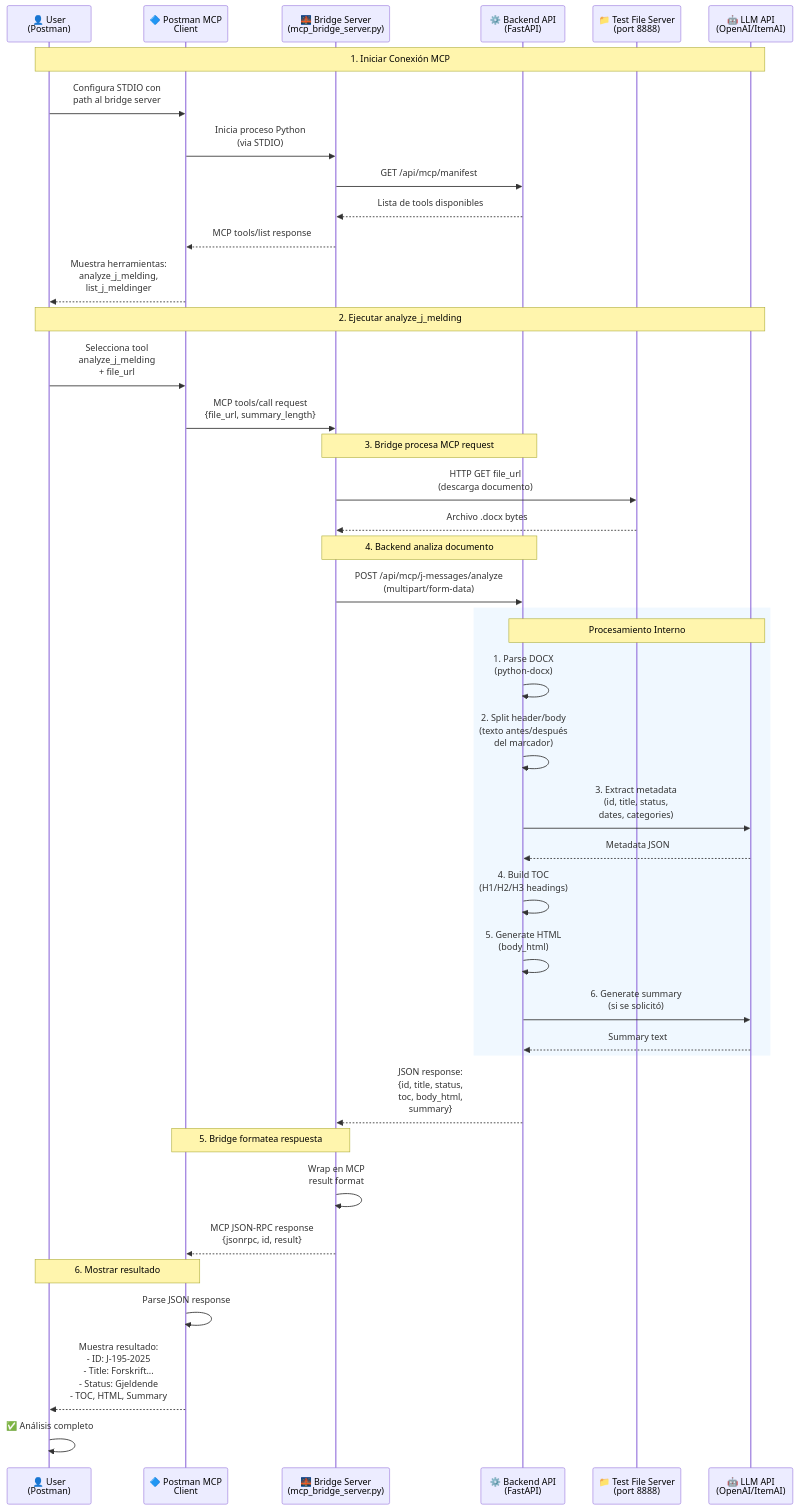
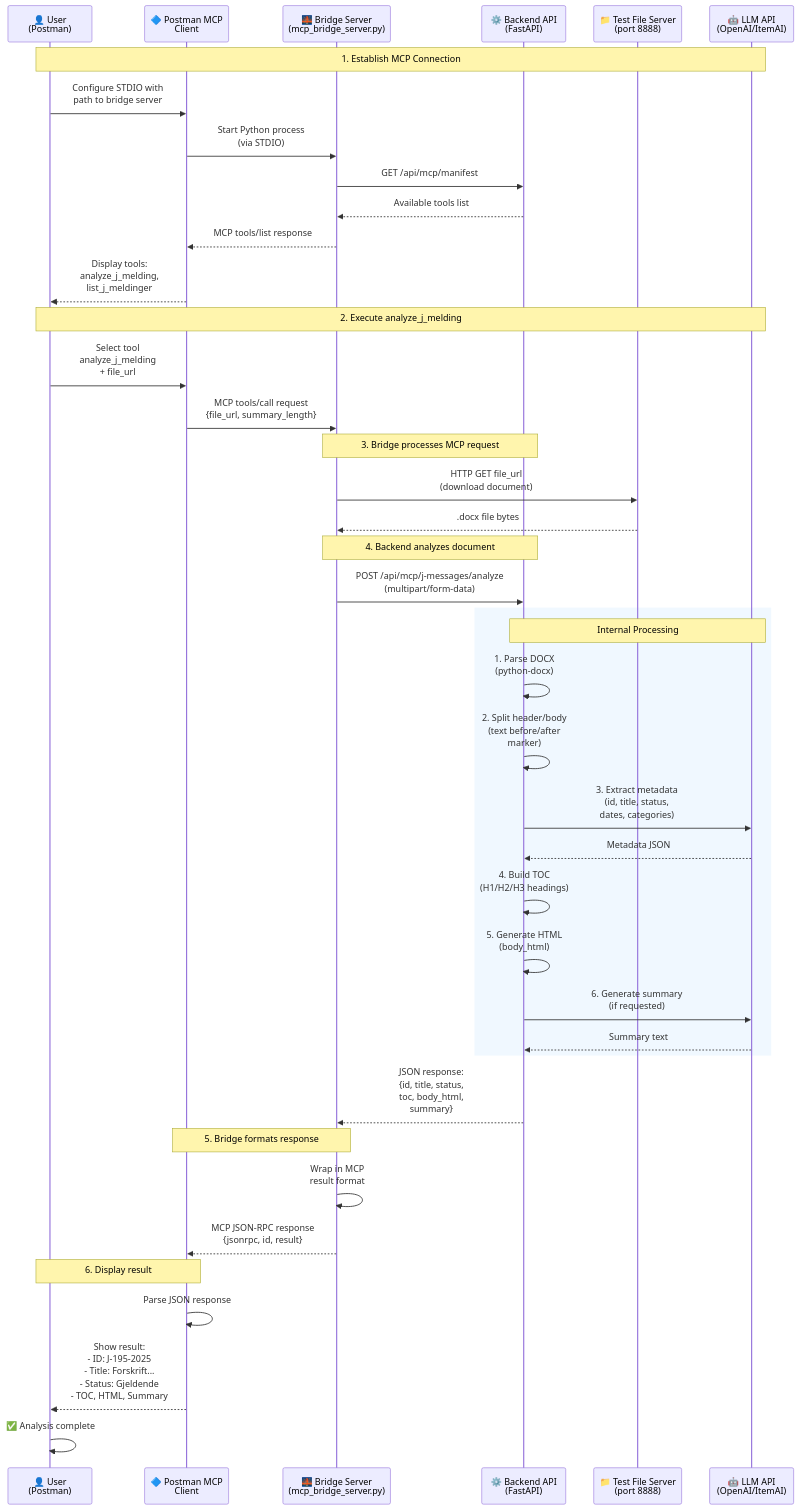
Before and after one commit to IgnacioTejeraPicossi/Workplace-Learning-With-AI: the diagram in docs/POSTMAN_MCP_TESTING.md, drawn with Mermaid.

Commit message:
Translate mermaid diagram to Postman test *.md file for MCP Server

````diff
--- a/docs/POSTMAN_MCP_TESTING.md
+++ b/docs/POSTMAN_MCP_TESTING.md
@@ -18,52 +18,52 @@
 ```mermaid
 sequenceDiagram
     participant User as 👤 User<br/>(Postman)
     participant Postman as 🔷 Postman MCP<br/>Client
     participant Bridge as 🌉 Bridge Server<br/>(mcp_bridge_server.py)
     participant Backend as ⚙️ Backend API<br/>(FastAPI)
     participant FileServer as 📁 Test File Server<br/>(port 8888)
     participant LLM as 🤖 LLM API<br/>(OpenAI/ItemAI)
     
-    Note over User,LLM: 1. Iniciar Conexión MCP
-    User->>Postman: Configura STDIO con<br/>path al bridge server
-    Postman->>Bridge: Inicia proceso Python<br/>(via STDIO)
+    Note over User,LLM: 1. Establish MCP Connection
+    User->>Postman: Configure STDIO with<br/>path to bridge server
+    Postman->>Bridge: Start Python process<br/>(via STDIO)
     Bridge->>Backend: GET /api/mcp/manifest
-    Backend-->>Bridge: Lista de tools disponibles
+    Backend-->>Bridge: Available tools list
     Bridge-->>Postman: MCP tools/list response
-    Postman-->>User: Muestra herramientas:<br/>analyze_j_melding,<br/>list_j_meldinger
+    Postman-->>User: Display tools:<br/>analyze_j_melding,<br/>list_j_meldinger
     
-    Note over User,LLM: 2. Ejecutar analyze_j_melding
-    User->>Postman: Selecciona tool<br/>analyze_j_melding<br/>+ file_url
+    Note over User,LLM: 2. Execute analyze_j_melding
+    User->>Postman: Select tool<br/>analyze_j_melding<br/>+ file_url
     Postman->>Bridge: MCP tools/call request<br/>{file_url, summary_length}
     
-    Note over Bridge,Backend: 3. Bridge procesa MCP request
-    Bridge->>FileServer: HTTP GET file_url<br/>(descarga documento)
-    FileServer-->>Bridge: Archivo .docx bytes
+    Note over Bridge,Backend: 3. Bridge processes MCP request
+    Bridge->>FileServer: HTTP GET file_url<br/>(download document)
+    FileServer-->>Bridge: .docx file bytes
     
-    Note over Bridge,Backend: 4. Backend analiza documento
+    Note over Bridge,Backend: 4. Backend analyzes document
     Bridge->>Backend: POST /api/mcp/j-messages/analyze<br/>(multipart/form-data)
     
     rect rgb(240, 248, 255)
-        Note over Backend,LLM: Procesamiento Interno
+        Note over Backend,LLM: Internal Processing
         Backend->>Backend: 1. Parse DOCX<br/>(python-docx)
-        Backend->>Backend: 2. Split header/body<br/>(texto antes/después<br/>del marcador)
+        Backend->>Backend: 2. Split header/body<br/>(text before/after<br/>marker)
         Backend->>LLM: 3. Extract metadata<br/>(id, title, status,<br/>dates, categories)
         LLM-->>Backend: Metadata JSON
         Backend->>Backend: 4. Build TOC<br/>(H1/H2/H3 headings)
         Backend->>Backend: 5. Generate HTML<br/>(body_html)
-        Backend->>LLM: 6. Generate summary<br/>(si se solicitó)
+        Backend->>LLM: 6. Generate summary<br/>(if requested)
         LLM-->>Backend: Summary text
     end
     
     Backend-->>Bridge: JSON response:<br/>{id, title, status,<br/>toc, body_html,<br/>summary}
     
-    Note over Bridge,Postman: 5. Bridge formatea respuesta
-    Bridge->>Bridge: Wrap en MCP<br/>result format
+    Note over Bridge,Postman: 5. Bridge formats response
+    Bridge->>Bridge: Wrap in MCP<br/>result format
     Bridge-->>Postman: MCP JSON-RPC response<br/>{jsonrpc, id, result}
     
-    Note over User,Postman: 6. Mostrar resultado
+    Note over User,Postman: 6. Display result
     Postman->>Postman: Parse JSON response
-    Postman-->>User: Muestra resultado:<br/>- ID: J-195-2025<br/>- Title: Forskrift...<br/>- Status: Gjeldende<br/>- TOC, HTML, Summary
+    Postman-->>User: Show result:<br/>- ID: J-195-2025<br/>- Title: Forskrift...<br/>- Status: Gjeldende<br/>- TOC, HTML, Summary
     
-    User->>User: ✅ Análisis completo
+    User->>User: ✅ Analysis complete
 ```
````
